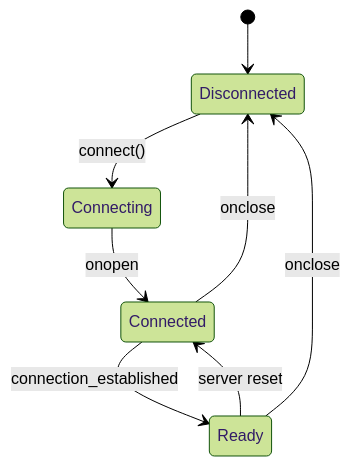
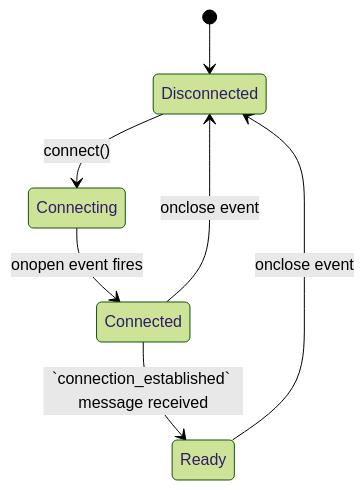
The second of 2 diagrams in docs/client/websocket.md (DreamLab-AI/VisionFlow), drawn with Mermaid (forest theme) before and after one commit. The commit also changed other lines of this file and 31 other files, not shown here.

````diff
--- a/docs/client/websocket.md
+++ b/docs/client/websocket.md
@@ -65,10 +53,9 @@
 ```mermaid
 stateDiagram-v2
     [*] --> Disconnected
     Disconnected --> Connecting: connect()
-    Connecting --> Connected: onopen
-    Connected --> Ready: connection_established
-    Ready --> Connected: server reset
-    Connected --> Disconnected: onclose
-    Ready --> Disconnected: onclose
+    Connecting --> Connected: onopen event fires
+    Connected --> Ready: `connection_established` message received
+    Ready --> Disconnected: onclose event
+    Connected --> Disconnected: onclose event
 ```
````
